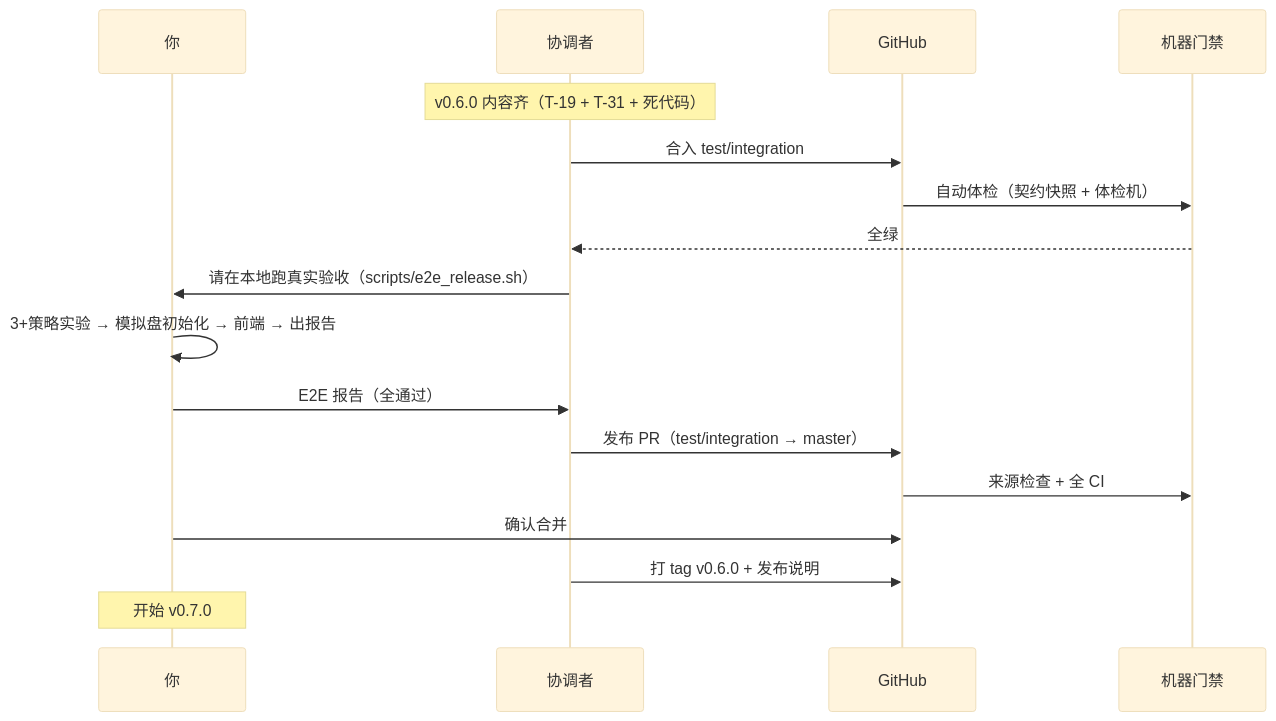
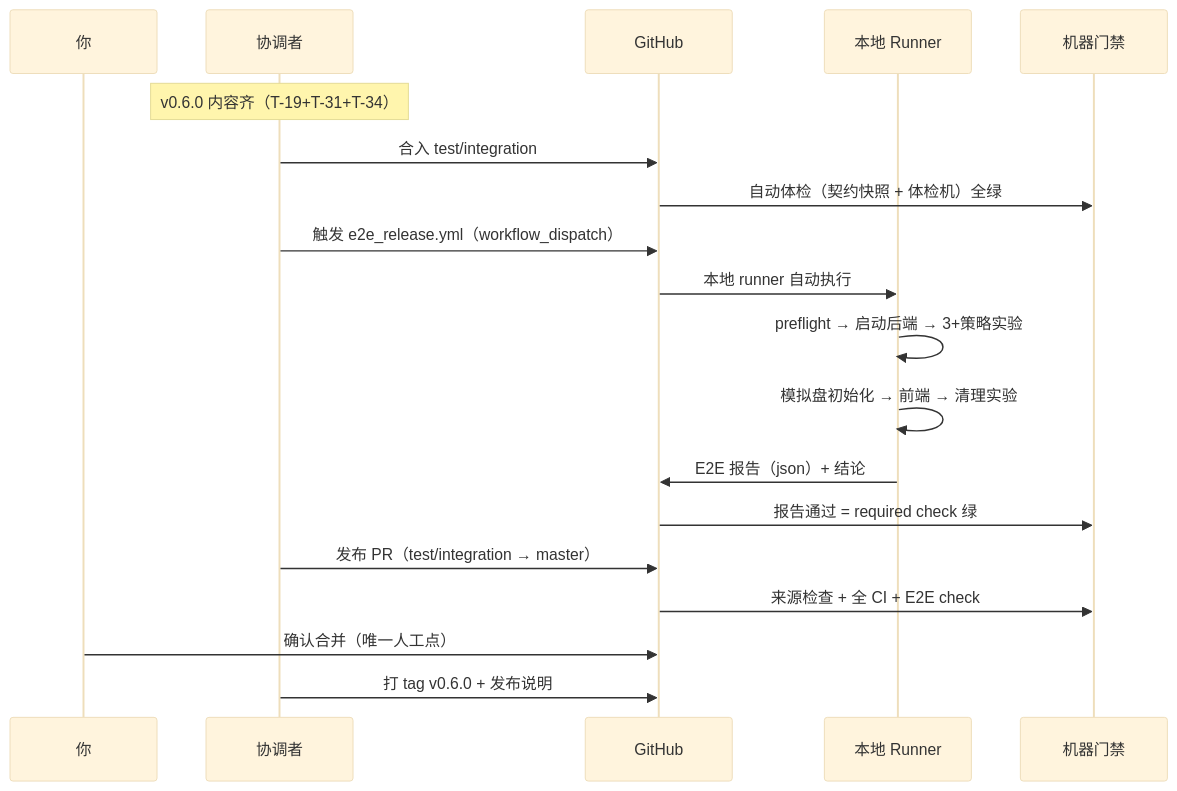
Before and after one commit to feng653/quant-lean: the eighth of 8 diagrams in docs/WORKFLOW_UPDATE_PLAN.md, drawn with Mermaid (base theme). The commit also changed other lines of this file, not shown here.

````diff
--- a/docs/WORKFLOW_UPDATE_PLAN.md
+++ b/docs/WORKFLOW_UPDATE_PLAN.md
@@ -222,20 +235,22 @@
 ```mermaid
 sequenceDiagram
     participant U as 你
     participant C as 协调者
     participant G as GitHub
+    participant R as 本地 Runner
     participant M as 机器门禁
 
-    Note over C: v0.6.0 内容齐（T-19 + T-31 + 死代码）
+    Note over C: v0.6.0 内容齐（T-19+T-31+T-34）
     C->>G: 合入 test/integration
-    G->>M: 自动体检（契约快照 + 体检机）
-    M-->>C: 全绿
-    C->>U: 请在本地跑真实验收（scripts/e2e_release.sh）
-    U->>U: 3+策略实验 → 模拟盘初始化 → 前端 → 出报告
-    U->>C: E2E 报告（全通过）
+    G->>M: 自动体检（契约快照 + 体检机）全绿
+    C->>G: 触发 e2e_release.yml（workflow_dispatch）
+    G->>R: 本地 runner 自动执行
+    R->>R: preflight → 启动后端 → 3+策略实验
+    R->>R: 模拟盘初始化 → 前端 → 清理实验
+    R->>G: E2E 报告（json）+ 结论
+    G->>M: 报告通过 = required check 绿
     C->>G: 发布 PR（test/integration → master）
-    G->>M: 来源检查 + 全 CI
-    U->>G: 确认合并
+    G->>M: 来源检查 + 全 CI + E2E check
+    U->>G: 确认合并（唯一人工点）
     C->>G: 打 tag v0.6.0 + 发布说明
-    Note over U: 开始 v0.7.0
 ```
````
